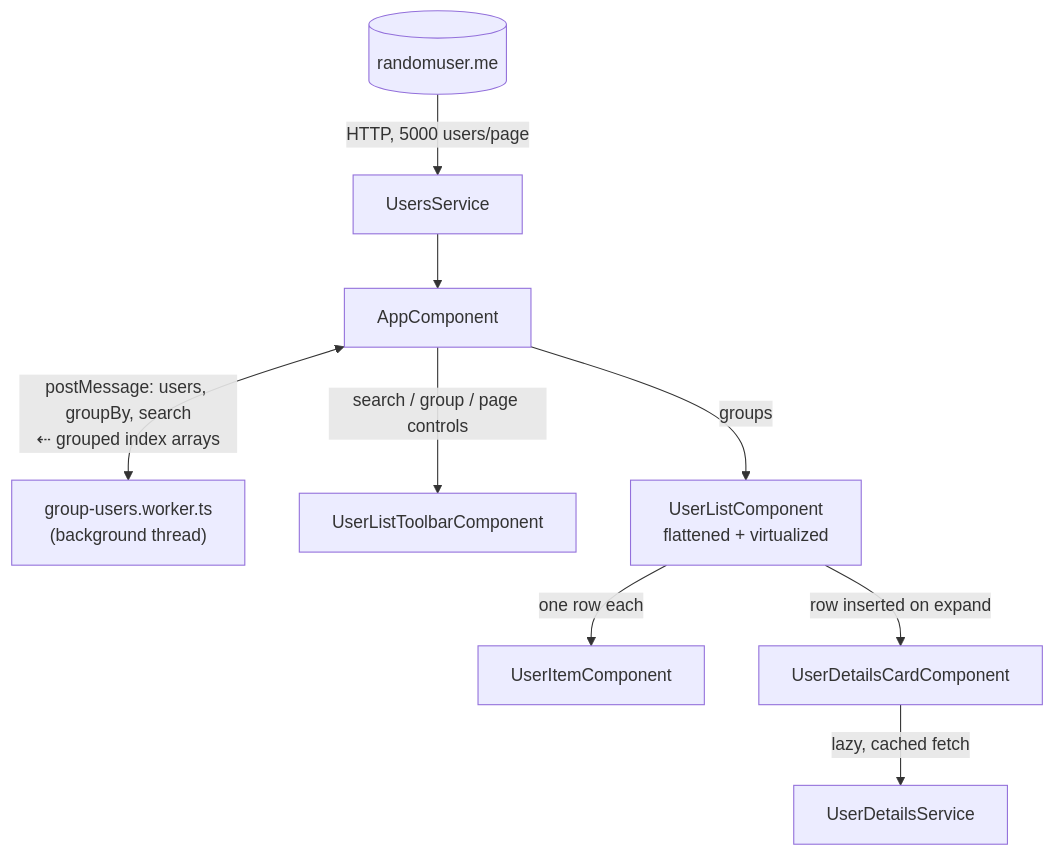
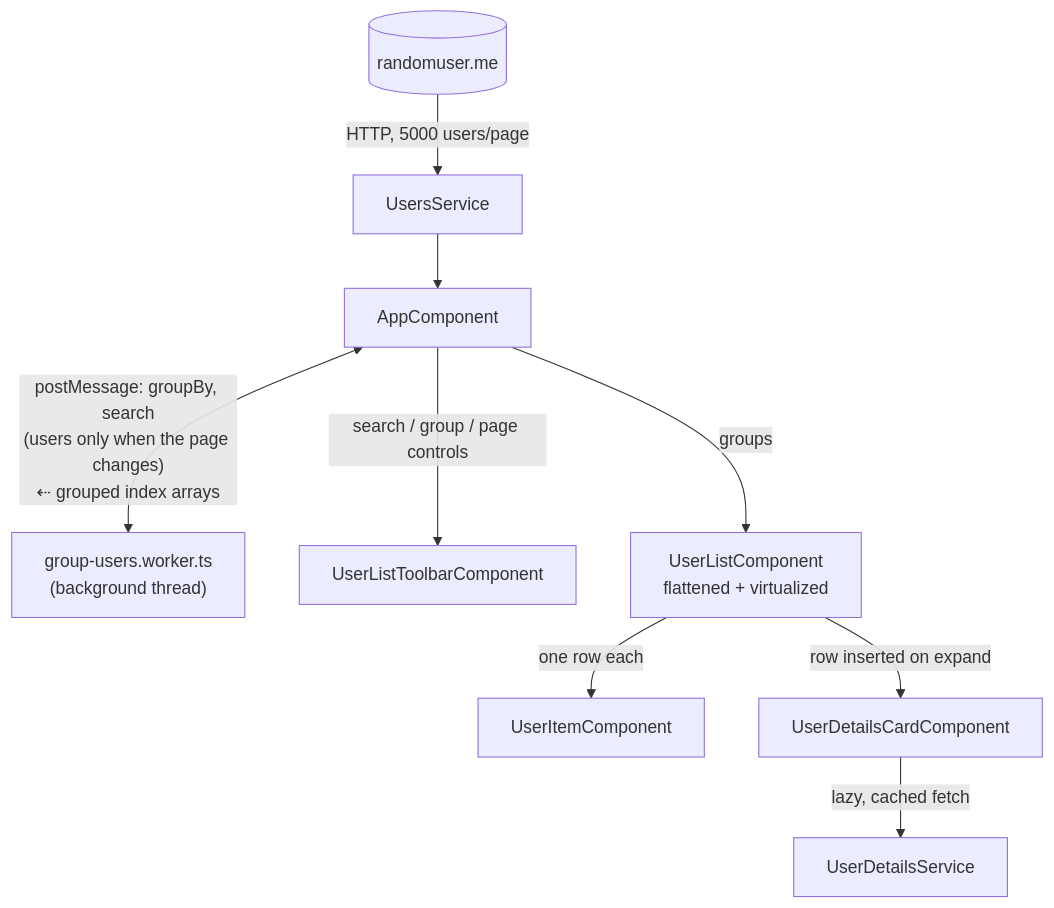
One commit to girls-incode/users-dashboard changed the diagram in README.md. Above: the diagram before and after it, drawn with Mermaid. The commit also changed other lines of this file and 27 other files, not shown here.

````diff
--- a/README.md
+++ b/README.md
@@ -22,14 +20,14 @@
 ```mermaid
 flowchart TD
     API[("randomuser.me")] -->|"HTTP, 5000 users/page"| UsersService
     UsersService --> AppComponent
 
-    AppComponent <-->|"postMessage: users, groupBy, search<br/>⇠ grouped index arrays"| Worker["group-users.worker.ts<br/>(background thread)"]
+    AppComponent <-->|"postMessage: groupBy, search<br/>(users only when the page changes)<br/>⇠ grouped index arrays"| Worker["group-users.worker.ts<br/>(background thread)"]
 
     AppComponent -->|"search / group / page controls"| Toolbar[UserListToolbarComponent]
     AppComponent -->|"groups"| UserList[UserListComponent<br/>flattened + virtualized]
 
     UserList -->|"one row each"| UserItem[UserItemComponent]
     UserList -->|"row inserted on expand"| DetailsCard[UserDetailsCardComponent]
     DetailsCard -->|"lazy, cached fetch"| DetailsService[UserDetailsService]
 ```
````
